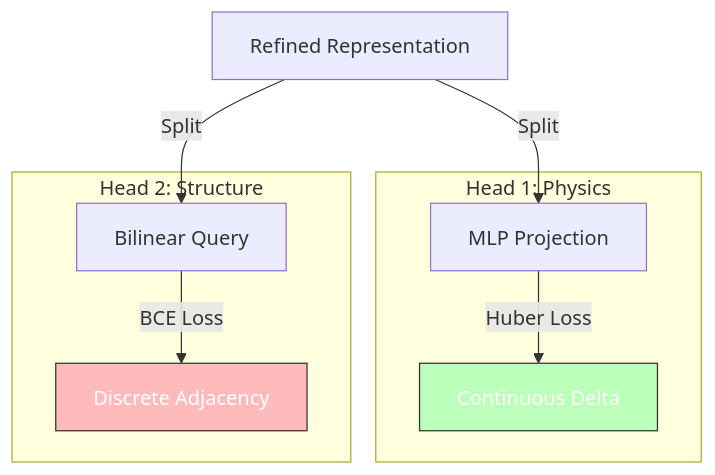
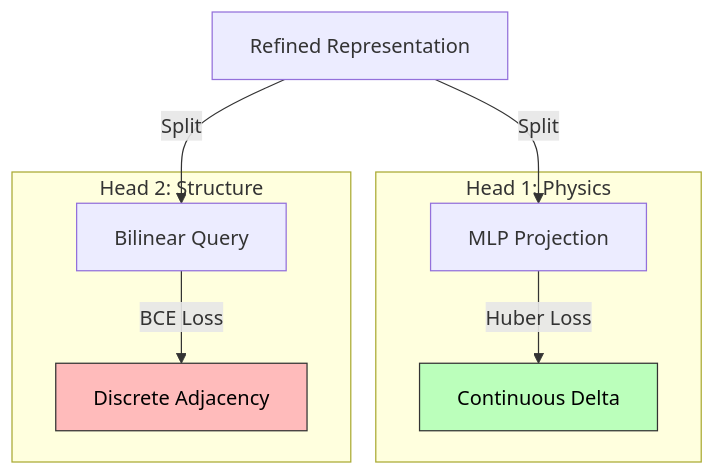
The fifth of 5 diagrams in README.md (MeiisamMahmoodii/MultiModelDeltaPredictor), drawn with Mermaid before and after one commit. The commit also changed other lines of this file, not shown here.

````diff
--- a/README.md
+++ b/README.md
@@ -132,16 +132,16 @@
 ```mermaid
 graph TD
     Unified["Refined Representation"] -->|Split| H1
     Unified -->|Split| H2
     
     subgraph "Head 1: Physics"
     H1["MLP Projection"] -->|Huber Loss| Delta["Continuous Delta"]
     end
     
     subgraph "Head 2: Structure"
     H2["Bilinear Query"] -->|BCE Loss| DAG["Discrete Adjacency"]
     end
     
-    style Delta fill:#bfb,stroke:#333,color:#fff
-    style DAG fill:#fbb,stroke:#333,color:#fff
+    style Delta fill:#bfb,stroke:#333,color:#000
+    style DAG fill:#fbb,stroke:#333,color:#000
 ```
````
